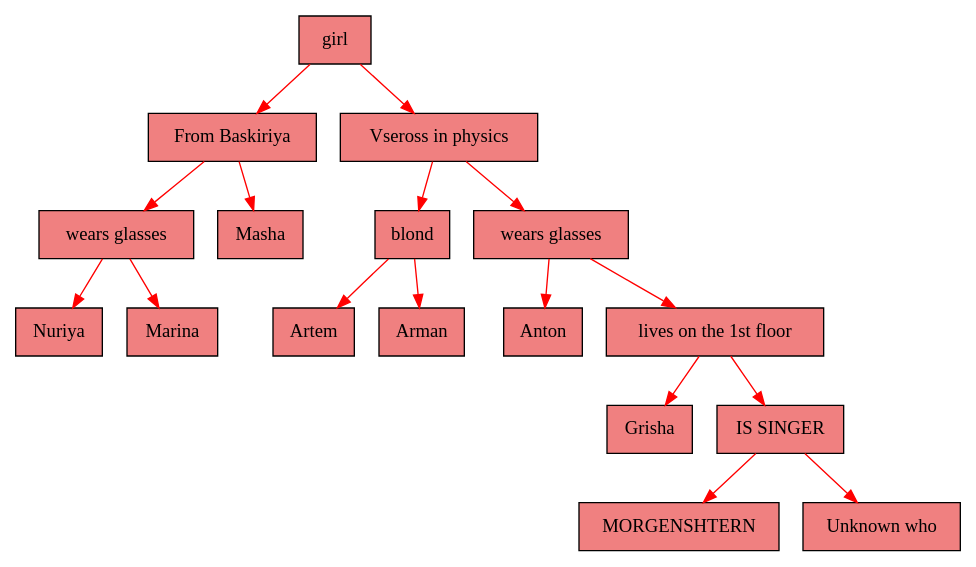
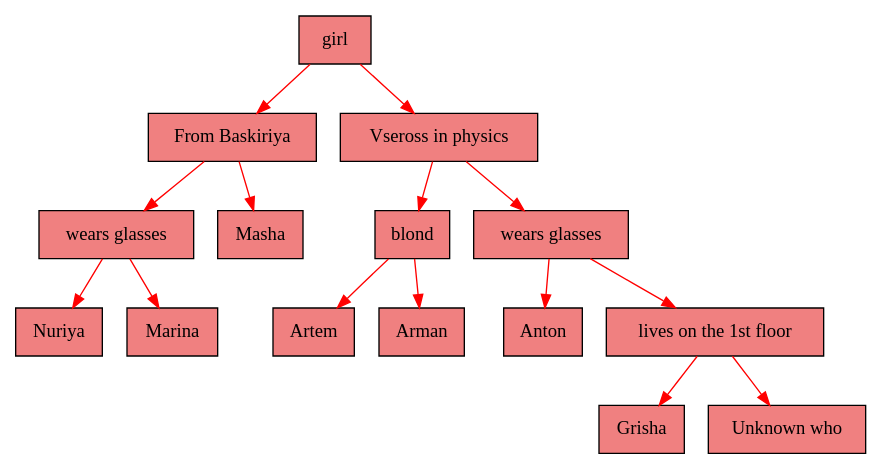
The diagram in list.dot (nurikyet/Akinator), drawn with Graphviz before and after one commit. The commit also changed 7 other files, not shown here.

```diff
--- a/list.dot
+++ b/list.dot
@@ -1,36 +1,32 @@
 digraph G{
   rankdir=HR;
-  Node_0000025359dd65c0 [shape=record, style="filled", fillcolor="#F08080", label=" girl"];
-  Node_0000025359dd64c0 [shape=record, style="filled", fillcolor="#F08080", label=" From Baskiriya"];
-  Node_0000025359dd6120 [shape=record, style="filled", fillcolor="#F08080", label=" wears glasses"];
-  Node_0000025359dd6460 [shape=record, style="filled", fillcolor="#F08080", label=" Nuriya"];
-  Node_0000025359dd6180 [shape=record, style="filled", fillcolor="#F08080", label=" Marina"];
-  Node_0000025359dd6140 [shape=record, style="filled", fillcolor="#F08080", label=" Masha"];
-  Node_0000025359dd6280 [shape=record, style="filled", fillcolor="#F08080", label=" Vseross in physics"];
-  Node_0000025359dd64e0 [shape=record, style="filled", fillcolor="#F08080", label=" blond"];
-  Node_0000025359dd61a0 [shape=record, style="filled", fillcolor="#F08080", label=" Artem"];
-  Node_0000025359dd61e0 [shape=record, style="filled", fillcolor="#F08080", label=" Arman"];
-  Node_0000025359dd6300 [shape=record, style="filled", fillcolor="#F08080", label=" wears glasses"];
-  Node_0000025359dd62a0 [shape=record, style="filled", fillcolor="#F08080", label=" Anton"];
-  Node_0000025359dd63a0 [shape=record, style="filled", fillcolor="#F08080", label=" lives on the 1st floor"];
-  Node_0000025359dd61c0 [shape=record, style="filled", fillcolor="#F08080", label=" Grisha"];
-  Node_0000025359dd63c0 [shape=record, style="filled", fillcolor="#F08080", label=" IS SINGER"];
-  Node_0000025359dd66a0 [shape=record, style="filled", fillcolor="#F08080", label=" MORGENSHTERN"];
-  Node_0000025359dd63e0 [shape=record, style="filled", fillcolor="#F08080", label=" Unknown who"];
-Node_0000025359dd65c0 -> Node_0000025359dd64c0[color="red"]
-Node_0000025359dd65c0 -> Node_0000025359dd6280[color="red"]
-Node_0000025359dd64c0 -> Node_0000025359dd6120[color="red"]
-Node_0000025359dd64c0 -> Node_0000025359dd6140[color="red"]
-Node_0000025359dd6120 -> Node_0000025359dd6460[color="red"]
-Node_0000025359dd6120 -> Node_0000025359dd6180[color="red"]
-Node_0000025359dd6280 -> Node_0000025359dd64e0[color="red"]
-Node_0000025359dd6280 -> Node_0000025359dd6300[color="red"]
-Node_0000025359dd64e0 -> Node_0000025359dd61a0[color="red"]
-Node_0000025359dd64e0 -> Node_0000025359dd61e0[color="red"]
-Node_0000025359dd6300 -> Node_0000025359dd62a0[color="red"]
-Node_0000025359dd6300 -> Node_0000025359dd63a0[color="red"]
-Node_0000025359dd63a0 -> Node_0000025359dd61c0[color="red"]
-Node_0000025359dd63a0 -> Node_0000025359dd63c0[color="red"]
-Node_0000025359dd63c0 -> Node_0000025359dd66a0[color="red"]
-Node_0000025359dd63c0 -> Node_0000025359dd63e0[color="red"]
+  Node_000002521d6562c0 [shape=record, style="filled", fillcolor="#F08080", label=" girl"];
+  Node_000002521d6566a0 [shape=record, style="filled", fillcolor="#F08080", label=" From Baskiriya"];
+  Node_000002521d656180 [shape=record, style="filled", fillcolor="#F08080", label=" wears glasses"];
+  Node_000002521d656680 [shape=record, style="filled", fillcolor="#F08080", label=" Nuriya"];
+  Node_000002521d6561c0 [shape=record, style="filled", fillcolor="#F08080", label=" Marina"];
+  Node_000002521d656740 [shape=record, style="filled", fillcolor="#F08080", label=" Masha"];
+  Node_000002521d656620 [shape=record, style="filled", fillcolor="#F08080", label=" Vseross in physics"];
+  Node_000002521d656380 [shape=record, style="filled", fillcolor="#F08080", label=" blond"];
+  Node_000002521d656460 [shape=record, style="filled", fillcolor="#F08080", label=" Artem"];
+  Node_000002521d6563a0 [shape=record, style="filled", fillcolor="#F08080", label=" Arman"];
+  Node_000002521d656120 [shape=record, style="filled", fillcolor="#F08080", label=" wears glasses"];
+  Node_000002521d6561e0 [shape=record, style="filled", fillcolor="#F08080", label=" Anton"];
+  Node_000002521d656760 [shape=record, style="filled", fillcolor="#F08080", label=" lives on the 1st floor"];
+  Node_000002521d6566c0 [shape=record, style="filled", fillcolor="#F08080", label=" Grisha"];
+  Node_000002521d656640 [shape=record, style="filled", fillcolor="#F08080", label=" Unknown who"];
+Node_000002521d6562c0 -> Node_000002521d6566a0[color="red"]
+Node_000002521d6562c0 -> Node_000002521d656620[color="red"]
+Node_000002521d6566a0 -> Node_000002521d656180[color="red"]
+Node_000002521d6566a0 -> Node_000002521d656740[color="red"]
+Node_000002521d656180 -> Node_000002521d656680[color="red"]
+Node_000002521d656180 -> Node_000002521d6561c0[color="red"]
+Node_000002521d656620 -> Node_000002521d656380[color="red"]
+Node_000002521d656620 -> Node_000002521d656120[color="red"]
+Node_000002521d656380 -> Node_000002521d656460[color="red"]
+Node_000002521d656380 -> Node_000002521d6563a0[color="red"]
+Node_000002521d656120 -> Node_000002521d6561e0[color="red"]
+Node_000002521d656120 -> Node_000002521d656760[color="red"]
+Node_000002521d656760 -> Node_000002521d6566c0[color="red"]
+Node_000002521d656760 -> Node_000002521d656640[color="red"]
 }
```
